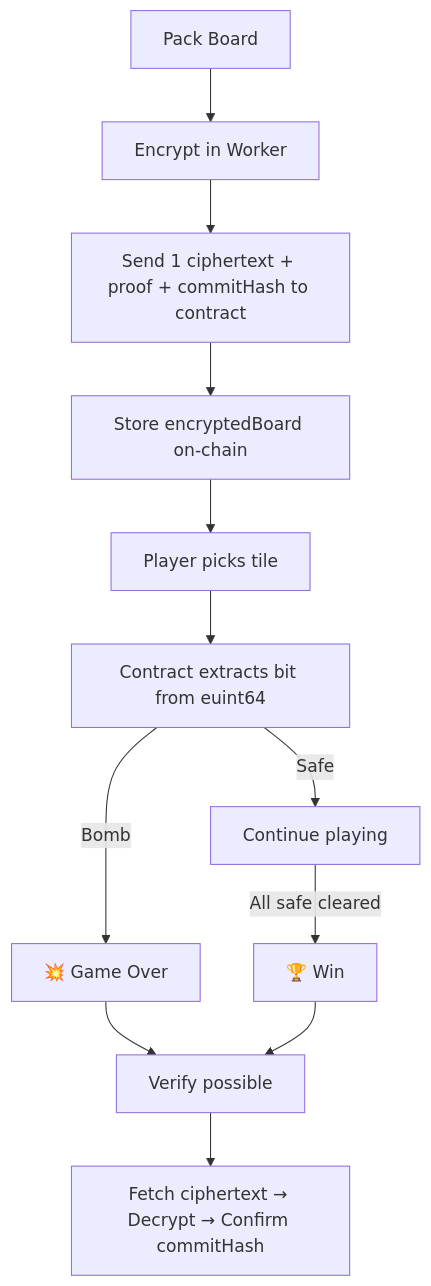
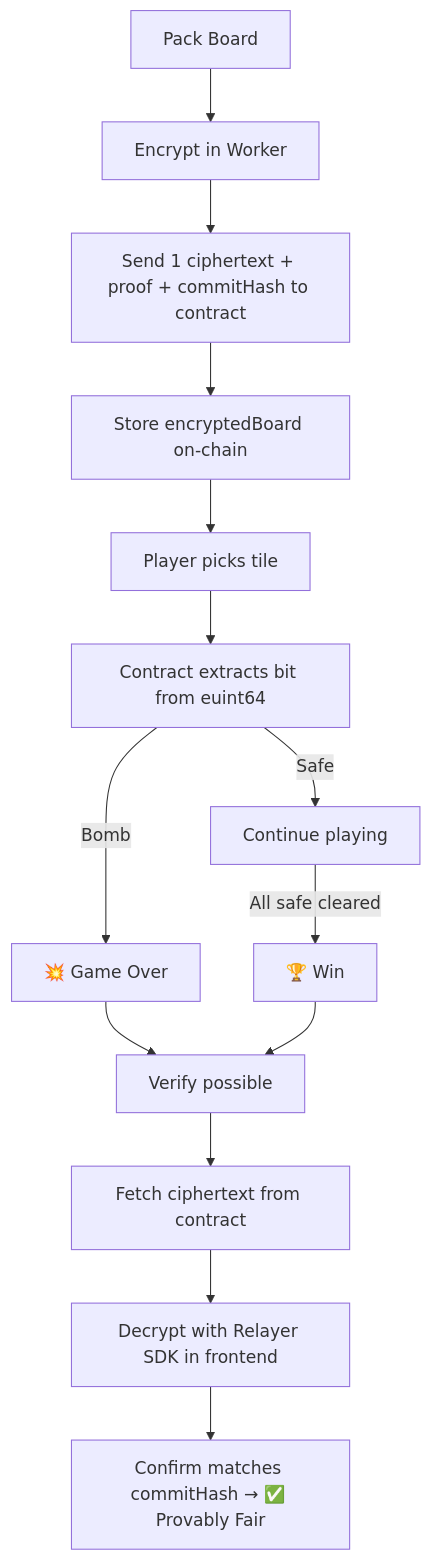
One commit to phamnhungoctuan/confidential-bomb changed the diagram in README-coding.md. Above: the diagram before and after it, drawn with Mermaid. The commit also changed other lines of this file and 9 other files, not shown here.

Commit message:
update new flow

````diff
--- a/README-coding.md
+++ b/README-coding.md
@@ -138,14 +143,16 @@
 ```mermaid
 graph TD;
     A[Pack Board] --> B[Encrypt in Worker]
     B --> C[Send 1 ciphertext + proof + commitHash to contract]
     C --> D[Store encryptedBoard on-chain]
     D --> E[Player picks tile]
     E --> F[Contract extracts bit from euint64]
     F -->|Bomb| G[💥 Game Over]
     F -->|Safe| H[Continue playing]
     H -->|All safe cleared| I[🏆 Win]
     G --> J[Verify possible]
     I --> J
-    J --> K[Fetch ciphertext → Decrypt → Confirm commitHash]
+    J --> K[Fetch ciphertext from contract]
+    K --> L[Decrypt with Relayer SDK in frontend]
+    L --> M[Confirm matches commitHash → ✅ Provably Fair]
 ```
````
